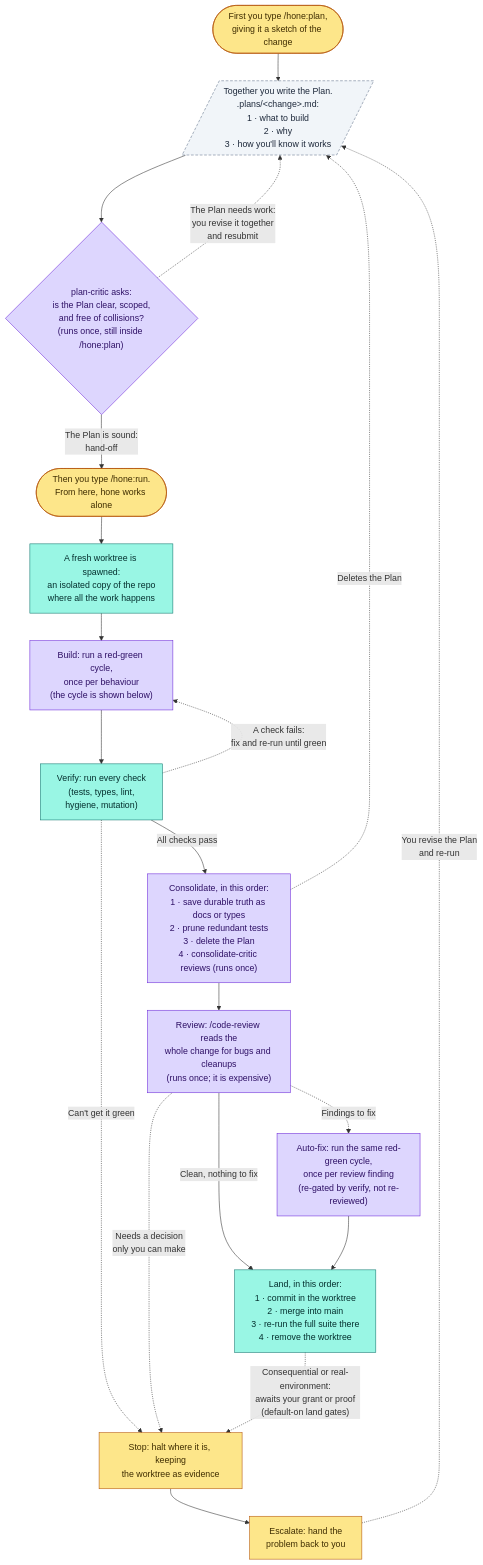
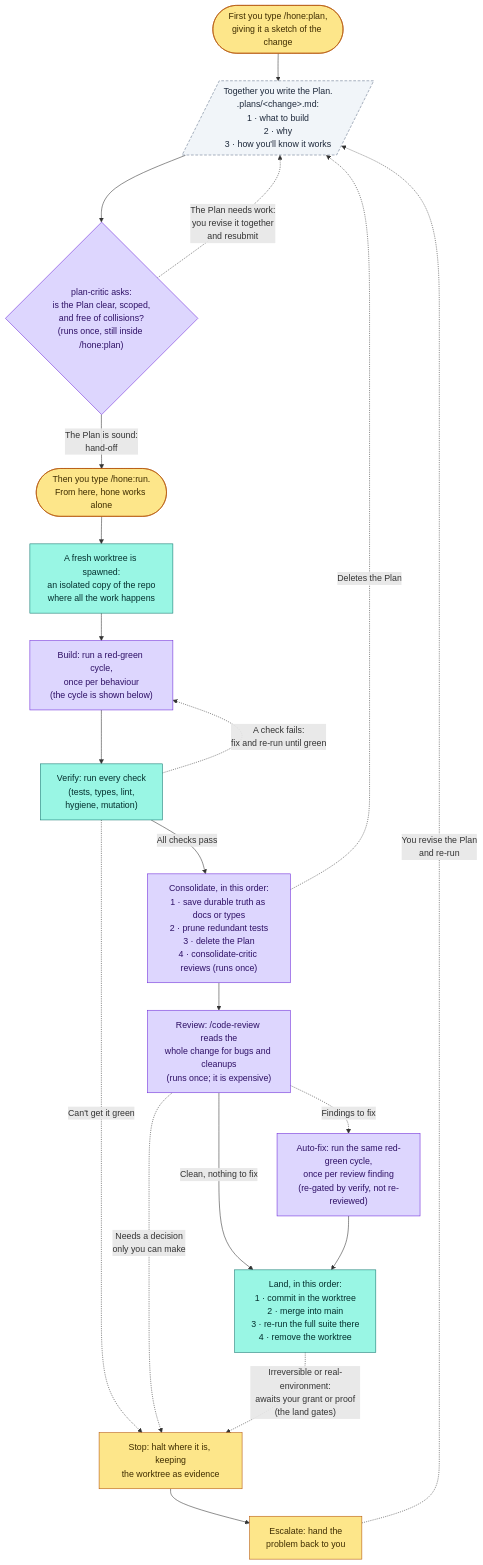
The third of 5 diagrams in docs/model.md (dominik-rehse/hone), drawn with Mermaid before and after one commit. The commit also changed other lines of this file and 12 other files, not shown here.

````diff
--- a/docs/model.md
+++ b/docs/model.md
@@ -164,45 +164,45 @@
 ```mermaid
 flowchart TD
     cmdPlan(["First you type /hone:plan,<br/>giving it a sketch of the change"])
     planFile[/"Together you write the Plan.<br/>.plans/&lt;change&gt;.md:<br/>1 · what to build<br/>2 · why<br/>3 · how you'll know it works"/]
     cmdRun(["Then you type /hone:run.<br/>From here, hone works alone"])
     admit{"plan-critic asks:<br/>is the Plan clear, scoped,<br/>and free of collisions?<br/>(runs once, still inside /hone:plan)"}
     wt["A fresh worktree is spawned:<br/>an isolated copy of the repo<br/>where all the work happens"]
     build["Build: run a red-green cycle,<br/>once per behaviour<br/>(the cycle is shown below)"]
     verify["Verify: run every check<br/>(tests, types, lint,<br/>hygiene, mutation)"]
     cons["Consolidate, in this order:<br/>1 · save durable truth as docs or types<br/>2 · prune redundant tests<br/>3 · delete the Plan<br/>4 · consolidate-critic reviews (runs once)"]
     rev["Review: /code-review reads the<br/>whole change for bugs and cleanups<br/>(runs once; it is expensive)"]
     fix["Auto-fix: run the same red-green cycle,<br/>once per review finding<br/>(re-gated by verify, not re-reviewed)"]
     land["Land, in this order:<br/>1 · commit in the worktree<br/>2 · merge into main<br/>3 · re-run the full suite there<br/>4 · remove the worktree"]
     esc["Escalate: hand the<br/>problem back to you"]
     stop["Stop: halt where it is, keeping<br/>the worktree as evidence"]
 
     cmdPlan --> planFile
     planFile --> admit
     admit -->|"The Plan is sound:<br/>hand-off"| cmdRun
     admit -.->|"The Plan needs work:<br/>you revise it together<br/>and resubmit"| planFile
     cmdRun --> wt
     wt --> build
     build --> verify
     verify -->|"All checks pass"| cons
     verify -.->|"A check fails:<br/>fix and re-run until green"| build
     verify -.->|"Can't get it green"| stop
     cons --> rev
     cons -.->|"Deletes the Plan"| planFile
     rev -->|"Clean, nothing to fix"| land
     rev -.->|"Findings to fix"| fix
     fix --> land
     rev -.->|"Needs a decision<br/>only you can make"| stop
-    land -.->|"Consequential or real-environment:<br/>awaits your grant or proof<br/>(default-on land gates)"| stop
+    land -.->|"Irreversible or real-environment:<br/>awaits your grant or proof<br/>(the land gates)"| stop
     stop --> esc
     esc -.->|"You revise the Plan<br/>and re-run"| planFile
 
     classDef human fill:#fde68a,stroke:#b45309,color:#3f2d00;
     classDef deterministic fill:#99f6e4,stroke:#0f766e,color:#042f2e;
     classDef stochastic fill:#ddd6fe,stroke:#6d28d9,color:#2e1065;
     classDef artifact fill:#f1f5f9,stroke:#64748b,color:#1e293b,stroke-dasharray:5 3;
     class cmdPlan,cmdRun,esc,stop human;
     class wt,verify,land deterministic;
     class admit,build,cons,rev,fix stochastic;
     class planFile artifact;
 ```
````
